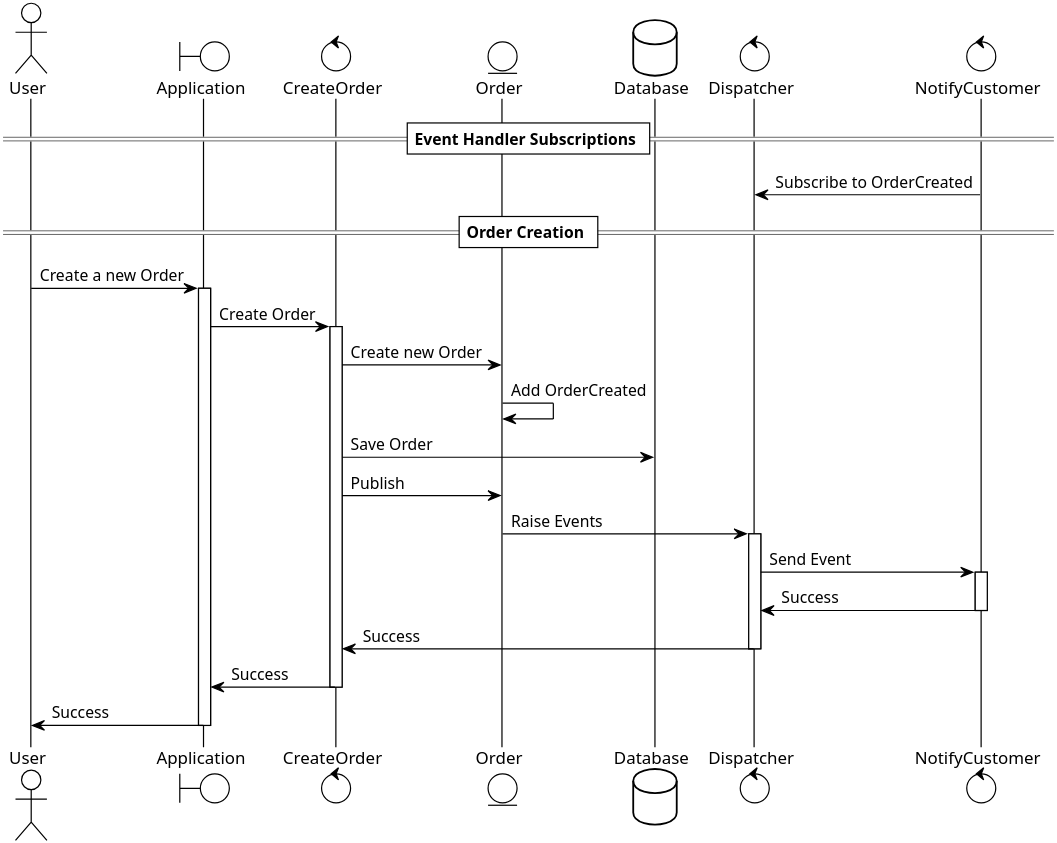
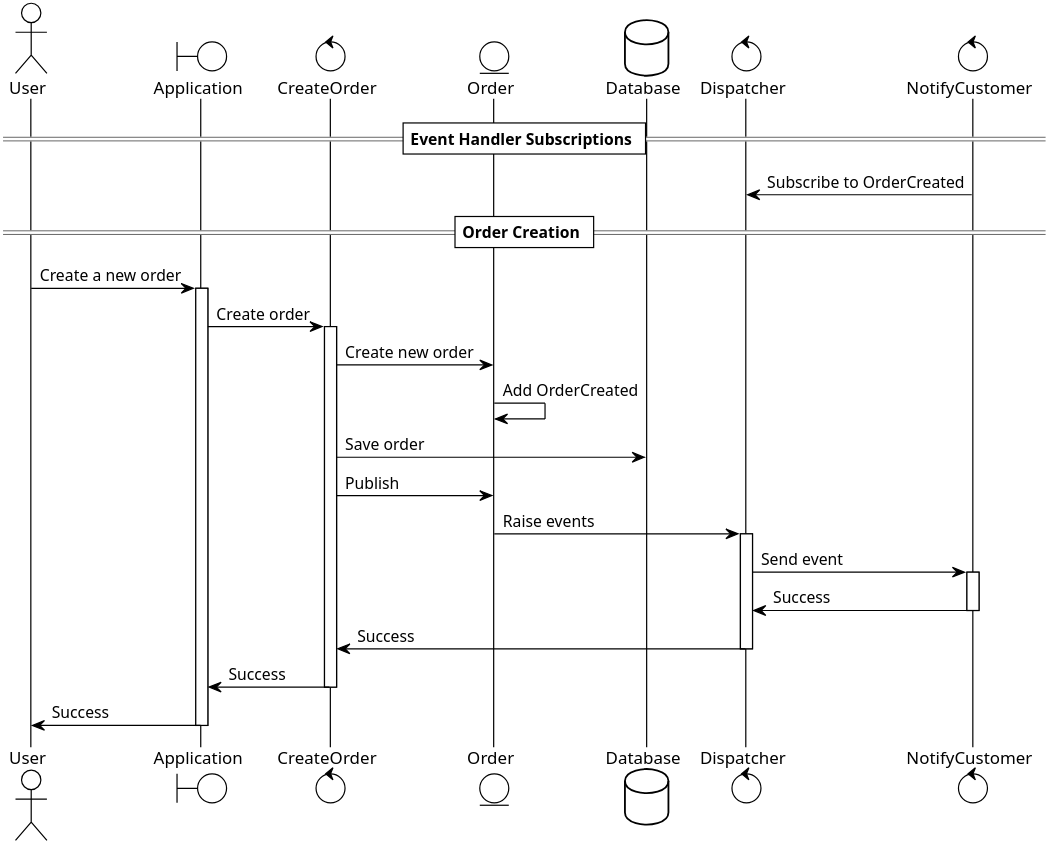
The diagram in Event-Driven-Architecture-in-Golang/Chapter11/docs/Diagrams/create_order_with_domain_events.plantuml (imaginestudio-ai/golang-ninja), drawn with PlantUML before and after one commit. The commit also changed 5786 other files, not shown here.

```diff
--- a/Event-Driven-Architecture-in-Golang/Chapter11/docs/Diagrams/create_order_with_domain_events.plantuml
+++ b/Event-Driven-Architecture-in-Golang/Chapter11/docs/Diagrams/create_order_with_domain_events.plantuml
@@ -1,37 +1,37 @@
 @startuml
 !theme plain
 skinparam dpi 400
 skinparam defaultFontName Jetbrains Mono
 
 actor User as u
 boundary Application as app
 control CreateOrder as co
 entity Order as o
 database Database as db
 control Dispatcher as ed
 control NotifyCustomer as nc
 
 == Event Handler Subscriptions ==
 nc -> ed : Subscribe to OrderCreated
 == Order Creation ==
-u -> app : Create a new Order
+u -> app : Create a new order
 activate app
-app -> co : Create Order
+app -> co : Create order
 activate co
-co -> o : Create new Order
+co -> o : Create new order
 o -> o : Add OrderCreated
-co -> db : Save Order
+co -> db : Save order
 co -> o : Publish
-o -> ed : Raise Events
+o -> ed : Raise events
 activate ed
-ed -> nc : Send Event
+ed -> nc : Send event
 activate nc
 nc -> ed : Success
 deactivate nc
 ed -> co : Success
 deactivate ed
 co -> app : Success
 deactivate co
 app -> u : Success
 deactivate app
 @endump
```
